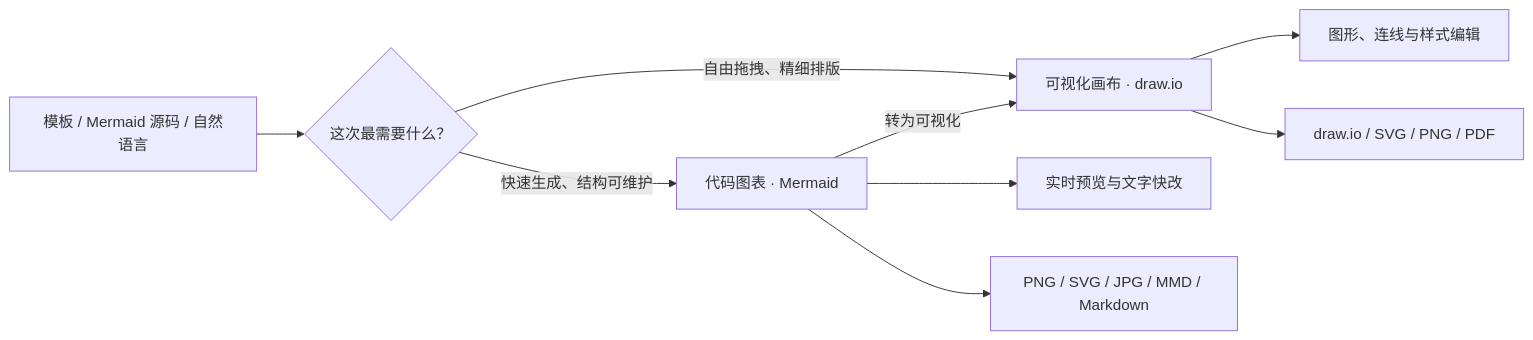
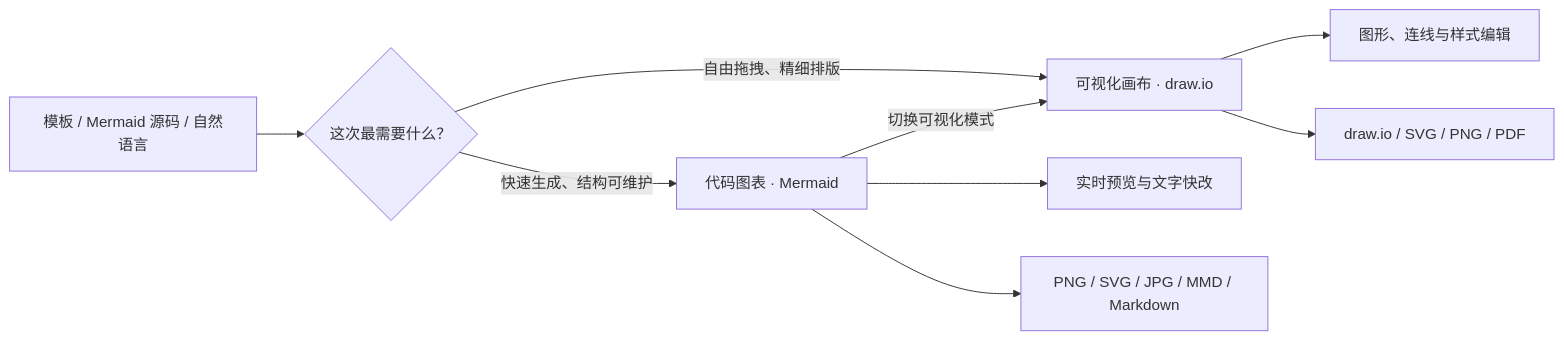
Before and after one commit to Fengsha5201314/Codebuddy_001_mermaid-markmap: the first of 4 diagrams in README.md, drawn with Mermaid. The commit also changed other lines of this file and 16 other files, not shown here.

````diff
--- a/README.md
+++ b/README.md
@@ -27,11 +27,11 @@
 ```mermaid
 flowchart LR
     A["模板 / Mermaid 源码 / 自然语言"] --> B{"这次最需要什么？"}
     B -->|"快速生成、结构可维护"| C["代码图表 · Mermaid"]
     B -->|"自由拖拽、精细排版"| D["可视化画布 · draw.io"]
     C --> E["实时预览与文字快改"]
-    C -->|"转为可视化"| D
+    C -->|"切换可视化模式"| D
     C --> F["PNG / SVG / JPG / MMD / Markdown"]
     D --> G["图形、连线与样式编辑"]
     D --> H["draw.io / SVG / PNG / PDF"]
 ```
````
